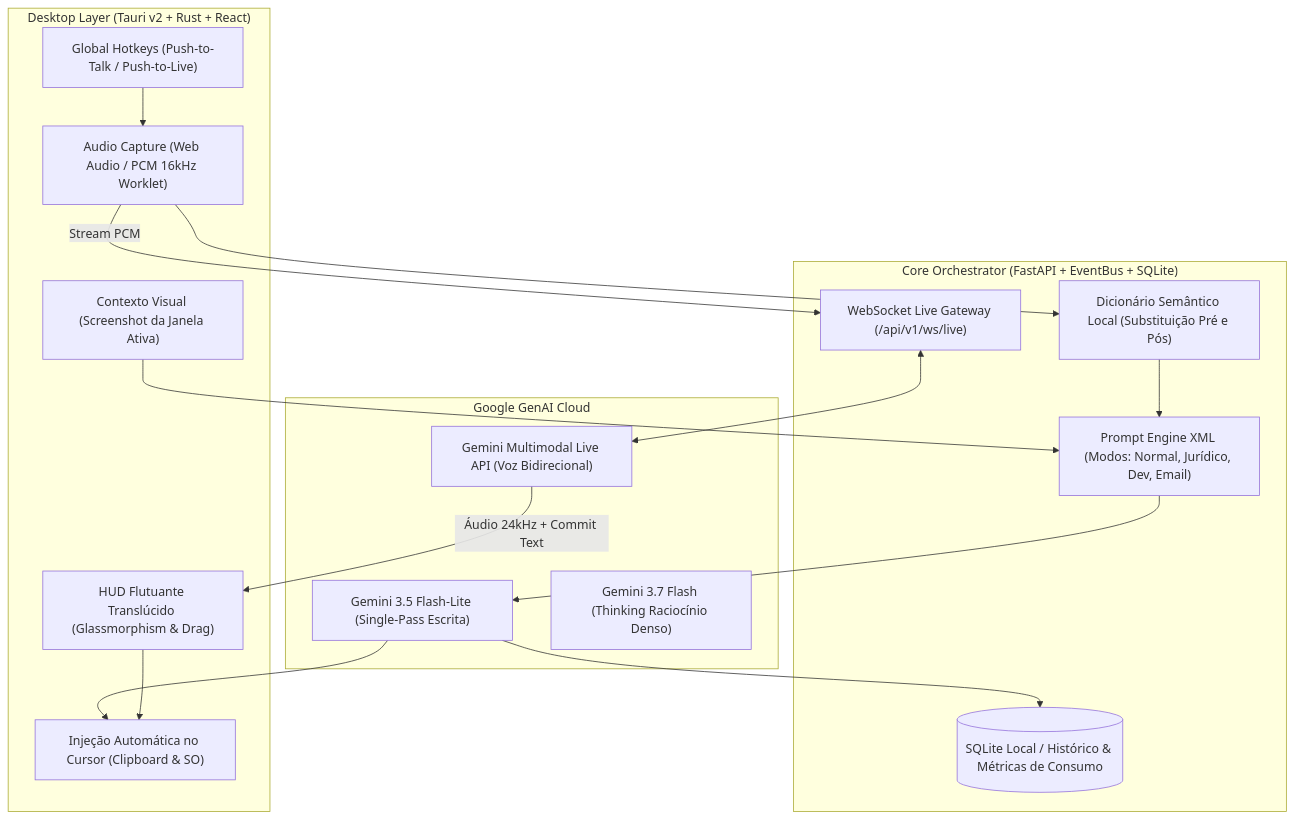
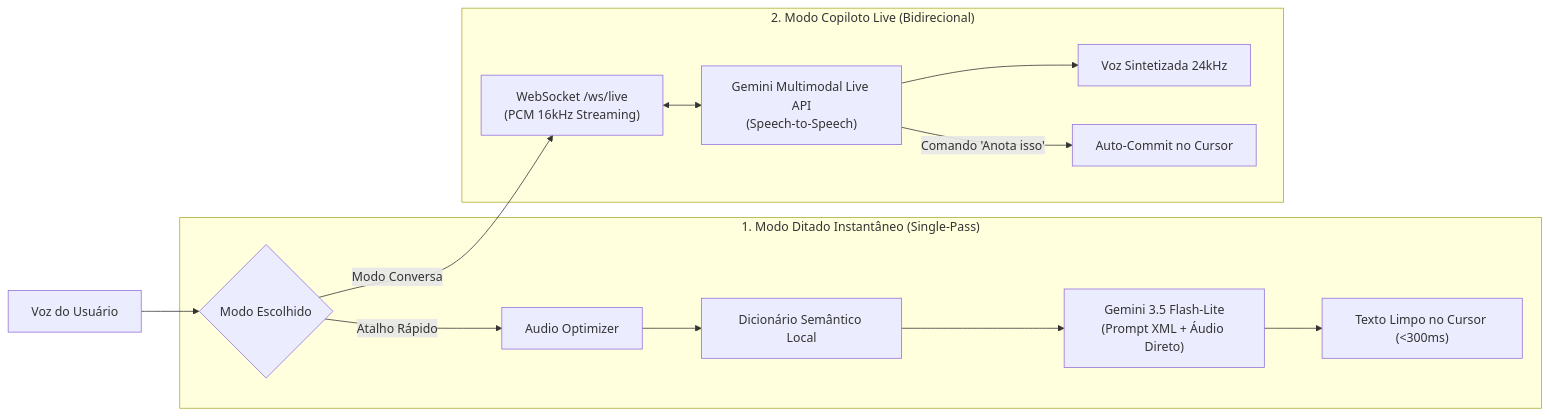
Before and after one commit to HelderPetrica/RefinaVoz: the first of 2 diagrams in README.md, drawn with Mermaid. The commit also changed other lines of this file and 2 other files, not shown here.

First line of the commit message:
docs: adicionar showcase visual dos pets 3D, comparativo SOTA e guia multiplataforma

````diff
--- a/README.md
+++ b/README.md
@@ -35,40 +72,18 @@
 ```mermaid
-flowchart TB
-    subgraph Desktop["Desktop Layer (Tauri v2 + Rust + React)"]
-        Hotkey["Global Hotkeys (Push-to-Talk / Push-to-Live)"]
-        AudioCap["Audio Capture (Web Audio / PCM 16kHz Worklet)"]
-        ScreenCap["Contexto Visual (Screenshot da Janela Ativa)"]
-        FloatingHUD["HUD Flutuante Translúcido (Glassmorphism & Drag)"]
-        AutoPaste["Injeção Automática no Cursor (Clipboard & SO)"]
+flowchart LR
+    A[Voz do Usuário] --> B{Modo Escolhido}
+    
+    subgraph Engine1["1. Modo Ditado Instantâneo (Single-Pass)"]
+        B -- "Atalho Rápido" --> C[Audio Optimizer]
+        C --> D[Dicionário Semântico Local]
+        D --> E["Gemini 3.5 Flash-Lite<br/>(Prompt XML + Áudio Direto)"]
+        E --> F["Texto Limpo no Cursor (<300ms)"]
     end
 
-    subgraph Backend["Core Orchestrator (FastAPI + EventBus + SQLite)"]
-        DictEngine["Dicionário Semântico Local (Substituição Pré e Pós)"]
-        PromptEngine["Prompt Engine XML (Modos: Normal, Jurídico, Dev, Email)"]
-        LocalDB[(SQLite Local / Histórico & Métricas de Consumo)]
-        WSGateway["WebSocket Live Gateway (/api/v1/ws/live)"]
+    subgraph Engine2["2. Modo Copiloto Live (Bidirecional)"]
+        B -- "Modo Conversa" --> G["WebSocket /ws/live<br/>(PCM 16kHz Streaming)"]
+        G <--> H["Gemini Multimodal Live API<br/>(Speech-to-Speech)"]
+        H --> I[Voz Sintetizada 24kHz]
+        H -- "Comando 'Anota isso'" --> J["Auto-Commit no Cursor"]
     end
-
-    subgraph AICloud["Google GenAI Cloud"]
-        LiteModel["Gemini 3.5 Flash-Lite (Single-Pass Escrita)"]
-        LiveAPI["Gemini Multimodal Live API (Voz Bidirecional)"]
-        Flash37["Gemini 3.7 Flash (Thinking Raciocínio Denso)"]
-    end
-
-    %% Fluxos
-    Hotkey --> AudioCap
-    AudioCap --> DictEngine
-    ScreenCap --> PromptEngine
-    
-    %% Escrita
-    DictEngine --> PromptEngine
-    PromptEngine --> LiteModel
-    LiteModel --> AutoPaste
-    LiteModel --> LocalDB
-    
-    %% Live
-    AudioCap -- "Stream PCM" --> WSGateway
-    WSGateway <--> LiveAPI
-    LiveAPI -- "Áudio 24kHz + Commit Text" --> FloatingHUD
-    FloatingHUD --> AutoPaste
 ```
````
